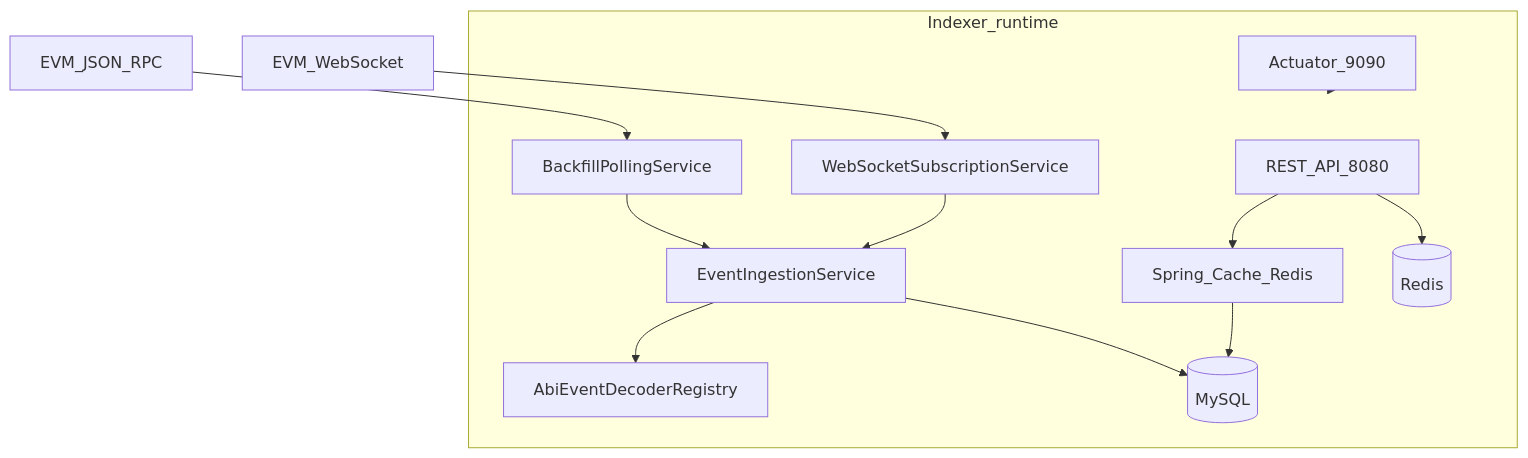
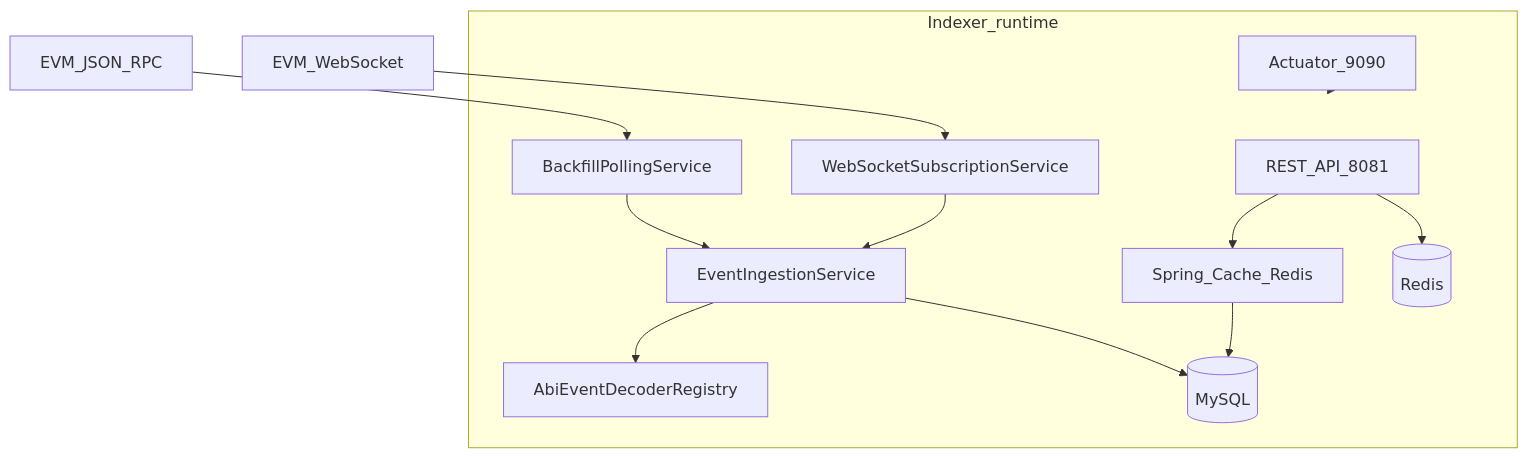
Before and after one commit to wgw31king/blockchain-lottery-java-event-indexer: the diagram in docs/architecture.md, drawn with Mermaid. The commit also changed 16 other files, not shown here.

````diff
--- a/docs/architecture.md
+++ b/docs/architecture.md
@@ -5,27 +5,27 @@
 ```mermaid
 flowchart TB
   subgraph runtime [Indexer_runtime]
-    API[REST_API_8080]
+    API[REST_API_8081]
     MGMT[Actuator_9090]
     Poll[BackfillPollingService]
     WS[WebSocketSubscriptionService]
     Ingest[EventIngestionService]
     Dec[AbiEventDecoderRegistry]
     Cache[Spring_Cache_Redis]
     DB[(MySQL)]
     Redis[(Redis)]
   end
   RPC[EVM_JSON_RPC]
   WSS[EVM_WebSocket]
 
   RPC --> Poll
   WSS --> WS
   Poll --> Ingest
   WS --> Ingest
   Ingest --> Dec
   Ingest --> DB
   API --> Cache
   Cache --> DB
   API --> Redis
   MGMT --> runtime
 ```
````
